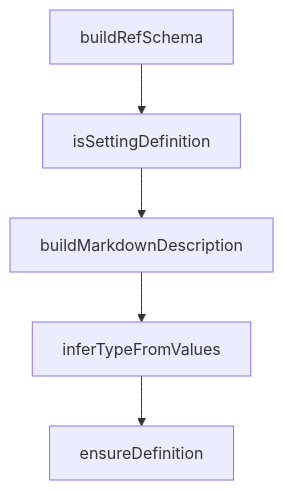
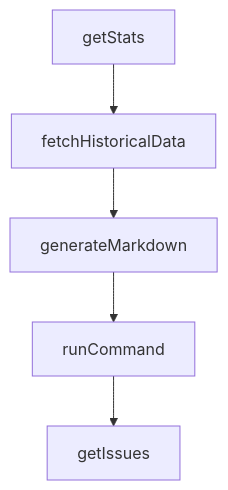
The diagram in tutorials/gemini-cli-tutorial/06-headless-mode-and-ci-automation.md (johnxie/awesome-code-docs), drawn with Mermaid before and after one commit. The commit also changed other lines of this file and 1232 other files, not shown here.

````diff
--- a/tutorials/gemini-cli-tutorial/06-headless-mode-and-ci-automation.md
+++ b/tutorials/gemini-cli-tutorial/06-headless-mode-and-ci-automation.md
@@ -232,12 +230,12 @@
 ```mermaid
 flowchart TD
-    A[buildRefSchema]
-    B[isSettingDefinition]
-    C[buildMarkdownDescription]
-    D[inferTypeFromValues]
-    E[ensureDefinition]
+    A[getStats]
+    B[fetchHistoricalData]
+    C[generateMarkdown]
+    D[runCommand]
+    E[getIssues]
     A --> B
     B --> C
     C --> D
     D --> E
 ```
````
